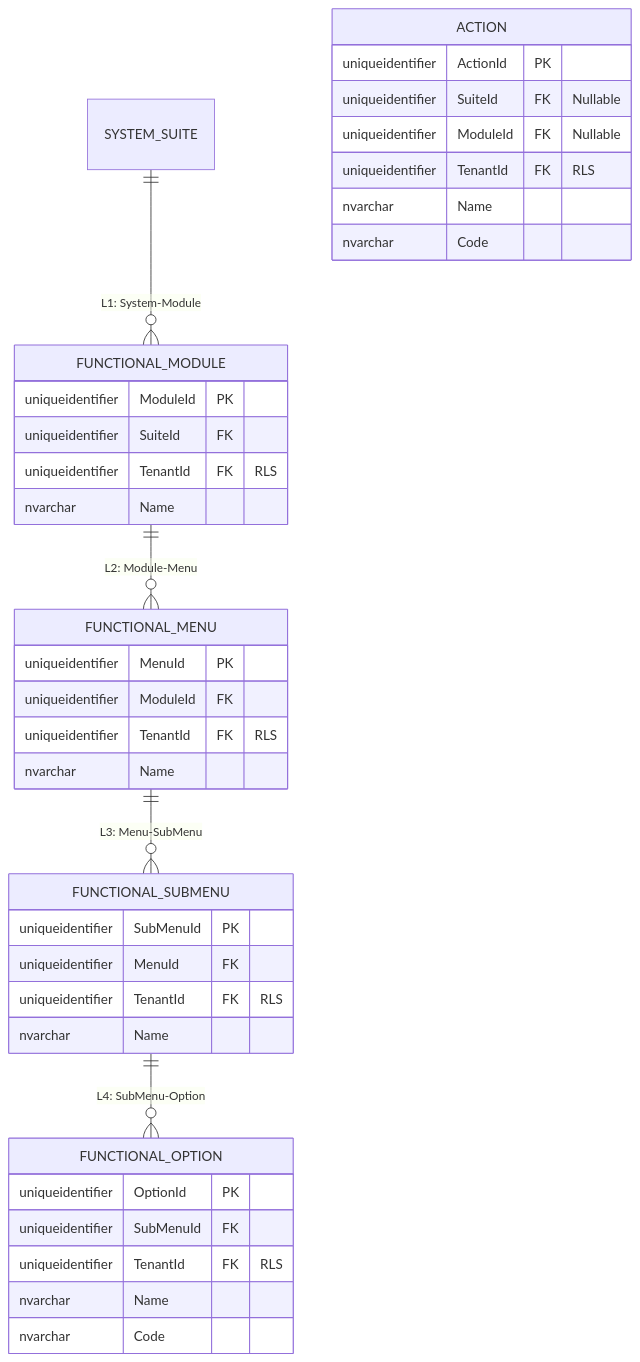
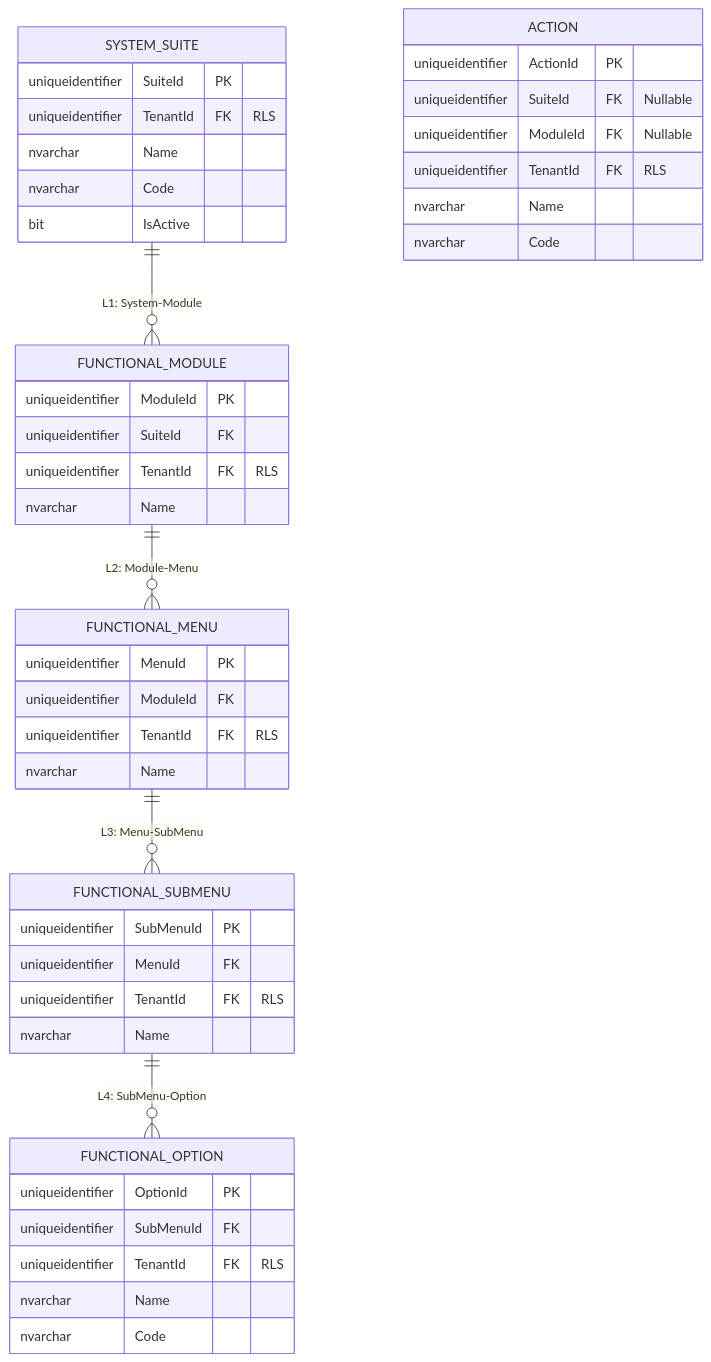
One commit to beyondnetcode/ums changed the third of 5 diagrams in docs/architecture/blueprints/database-design-er.md. Above: the diagram before and after it, drawn with Mermaid. The commit also changed other lines of this file and 1 other file, not shown here.

First line of the commit message:
docs(er): add missing entity attribute blocks to all domain diagrams (EN/ES)

````diff
--- a/docs/architecture/blueprints/database-design-er.md
+++ b/docs/architecture/blueprints/database-design-er.md
@@ -121,45 +143,53 @@
 ```mermaid
 erDiagram
     SYSTEM_SUITE ||--o{ FUNCTIONAL_MODULE : "L1: System-Module"
     FUNCTIONAL_MODULE ||--o{ FUNCTIONAL_MENU : "L2: Module-Menu"
     FUNCTIONAL_MENU ||--o{ FUNCTIONAL_SUBMENU : "L3: Menu-SubMenu"
     FUNCTIONAL_SUBMENU ||--o{ FUNCTIONAL_OPTION : "L4: SubMenu-Option"
-    
+
+    SYSTEM_SUITE {
+        uniqueidentifier SuiteId PK
+        uniqueidentifier TenantId FK "RLS"
+        nvarchar Name
+        nvarchar Code
+        bit IsActive
+    }
+
     FUNCTIONAL_MODULE {
         uniqueidentifier ModuleId PK
         uniqueidentifier SuiteId FK
         uniqueidentifier TenantId FK "RLS"
         nvarchar Name
     }
     
     FUNCTIONAL_MENU {
         uniqueidentifier MenuId PK
         uniqueidentifier ModuleId FK
         uniqueidentifier TenantId FK "RLS"
         nvarchar Name
     }
 
     FUNCTIONAL_SUBMENU {
         uniqueidentifier SubMenuId PK
         uniqueidentifier MenuId FK
         uniqueidentifier TenantId FK "RLS"
         nvarchar Name
     }
     
     FUNCTIONAL_OPTION {
         uniqueidentifier OptionId PK
         uniqueidentifier SubMenuId FK
         uniqueidentifier TenantId FK "RLS"
         nvarchar Name
         nvarchar Code
     }
     
     ACTION {
         uniqueidentifier ActionId PK
         uniqueidentifier SuiteId FK "Nullable"
         uniqueidentifier ModuleId FK "Nullable"
         uniqueidentifier TenantId FK "RLS"
         nvarchar Name
         nvarchar Code
     }
 ```
````
